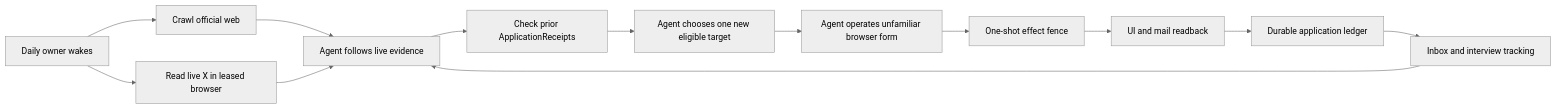
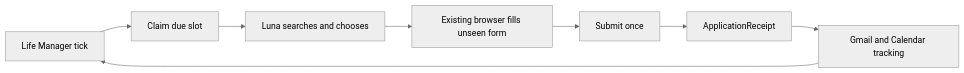
The diagram in docs/superpowers/specs/2026-08-26-life-manager-fundraiser-agent-design.md (Daisuke134/anicca), drawn with Mermaid (neutral theme) before and after one commit. The commit also changed other lines of this file and 1 other file, not shown here.

````diff
--- a/docs/superpowers/specs/2026-08-26-life-manager-fundraiser-agent-design.md
+++ b/docs/superpowers/specs/2026-08-26-life-manager-fundraiser-agent-design.md
@@ -27,15 +13,10 @@
 ```mermaid
 flowchart LR
-    W[Daily owner wakes] --> C[Crawl official web]
-    W --> X[Read live X in leased browser]
-    C --> A[Agent follows live evidence]
-    X --> A
-    A --> D[Check prior ApplicationReceipts]
-    D --> J[Agent chooses one new eligible target]
-    J --> B[Agent operates unfamiliar browser form]
-    B --> F[One-shot effect fence]
-    F --> R[UI and mail readback]
-    R --> L[Durable application ledger]
-    L --> I[Inbox and interview tracking]
-    I --> A
+    LM[Life Manager tick] --> C[Claim due slot]
+    C --> L[Luna searches and chooses]
+    L --> B[Existing browser fills unseen form]
+    B --> S[Submit once]
+    S --> R[ApplicationReceipt]
+    R --> I[Gmail and Calendar tracking]
+    I --> LM
 ```
````
